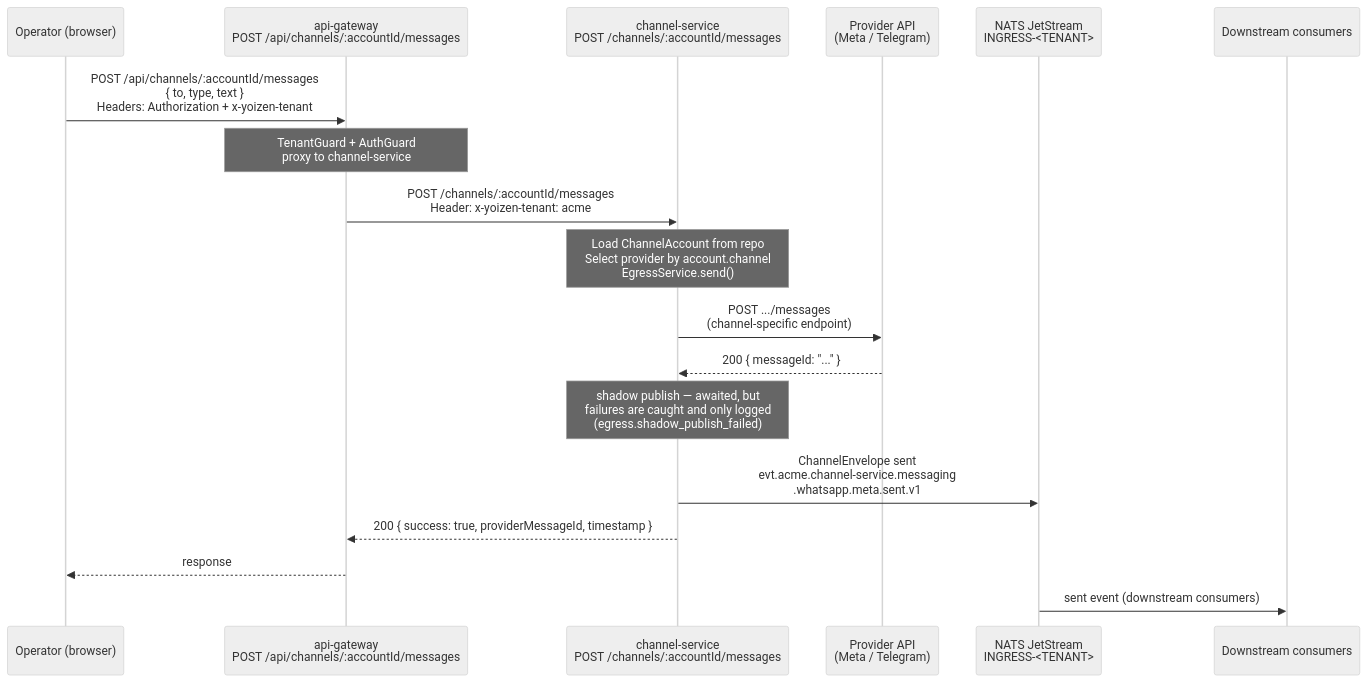
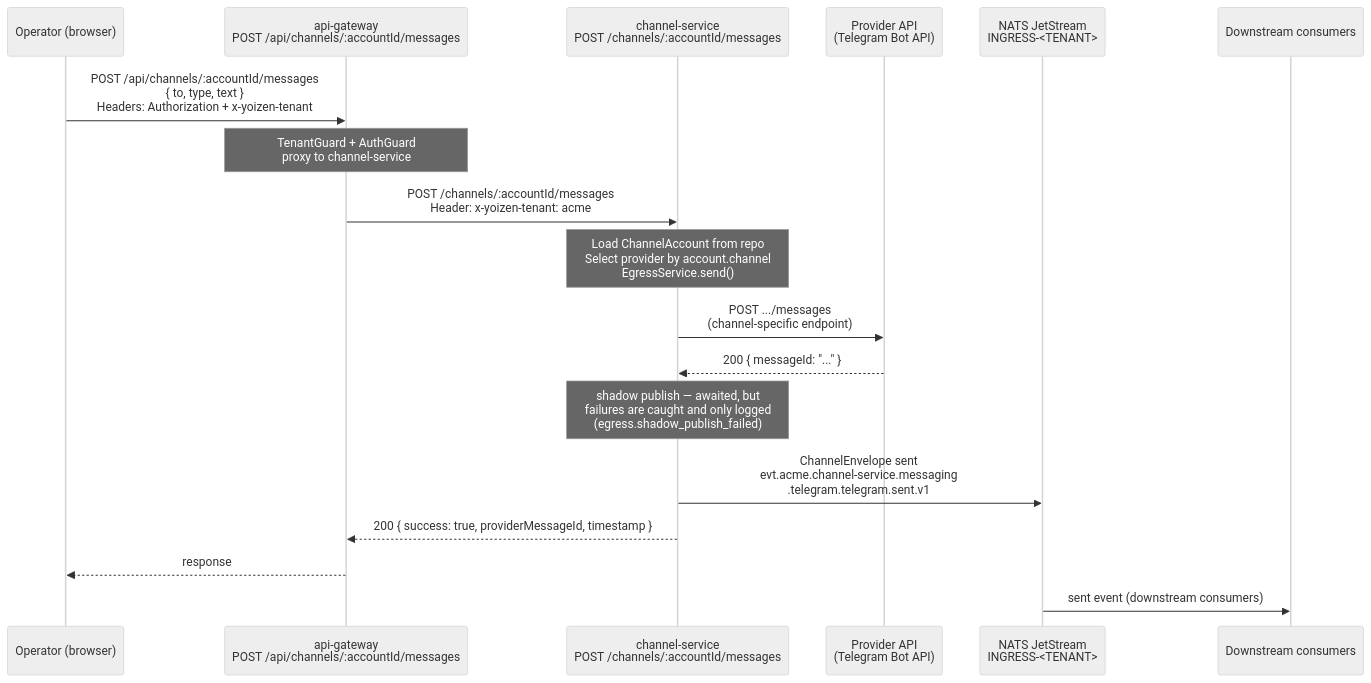
Before and after one commit to ccarnero/colloqui: the third of 4 diagrams in DOCS/channels/channel-service.md, drawn with Mermaid (neutral theme). The commit also changed other lines of this file and 43 other files, not shown here.

````diff
--- a/DOCS/channels/channel-service.md
+++ b/DOCS/channels/channel-service.md
@@ -412,28 +407,28 @@
 ```mermaid
 sequenceDiagram
     participant Op as Operator (browser)
     participant GW as api-gateway<br/>POST /api/channels/:accountId/messages
     participant CS as channel-service<br/>POST /channels/:accountId/messages
-    participant Provider as Provider API<br/>(Meta / Telegram)
+    participant Provider as Provider API<br/>(Telegram Bot API)
     participant JS as NATS JetStream<br/>INGRESS-<TENANT>
     participant Down as Downstream consumers
 
     Op->>GW: POST /api/channels/:accountId/messages<br/>{ to, type, text }<br/>Headers: Authorization + x-yoizen-tenant
 
     Note over GW: TenantGuard + AuthGuard<br/>proxy to channel-service
 
     GW->>CS: POST /channels/:accountId/messages<br/>Header: x-yoizen-tenant: acme
 
     Note over CS: Load ChannelAccount from repo<br/>Select provider by account.channel<br/>EgressService.send()
 
     CS->>Provider: POST .../messages<br/>(channel-specific endpoint)
     Provider-->>CS: 200 { messageId: "..." }
 
     Note over CS: shadow publish — awaited, but<br/>failures are caught and only logged<br/>(egress.shadow_publish_failed)
-    CS->>JS: ChannelEnvelope sent<br/>evt.acme.channel-service.messaging<br/>.whatsapp.meta.sent.v1
+    CS->>JS: ChannelEnvelope sent<br/>evt.acme.channel-service.messaging<br/>.telegram.telegram.sent.v1
 
     CS-->>GW: 200 { success: true, providerMessageId, timestamp }
     GW-->>Op: response
 
     JS->>Down: sent event (downstream consumers)
 ```
````
